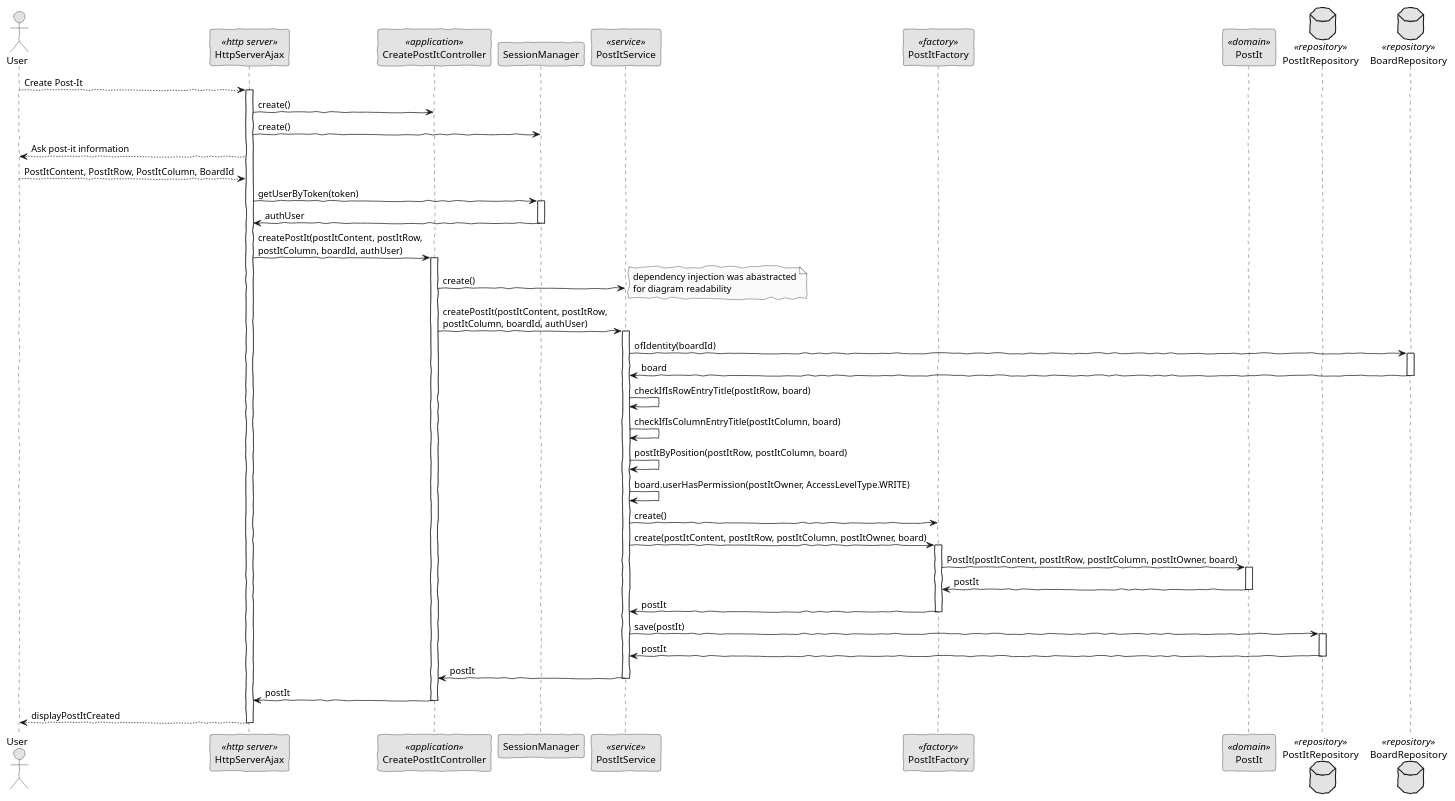
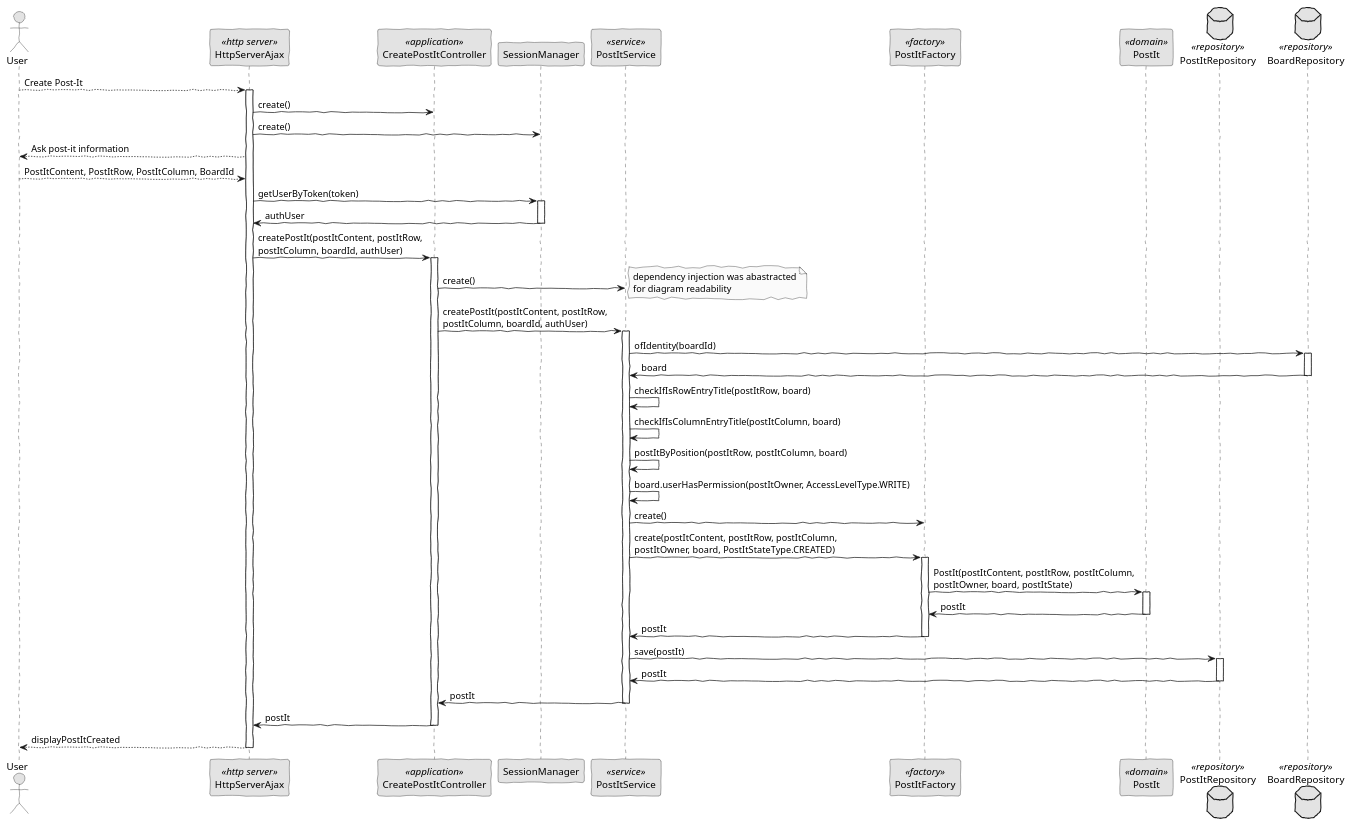
The diagram in docs/SPRINT C/US_3006/SD/CreatePostIt-SD.puml (brunacosta03/sem4pi_22_23), drawn with PlantUML before and after one commit. The commit also changed 18 other files, not shown here.

```diff
--- a/docs/SPRINT C/US_3006/SD/CreatePostIt-SD.puml
+++ b/docs/SPRINT C/US_3006/SD/CreatePostIt-SD.puml
@@ -1,80 +1,80 @@
 @startuml
 'http://plantuml.com/skinparam.html
 skinparam handwritten true
 skinparam monochrome true
 skinparam packageStyle rect
 skinparam defaultFontName FG Virgil
 skinparam shadowing false
 
 actor User as Actor
 participant HttpServerAjax as Server <<http server>>
 participant CreatePostItController as Controller <<application>>
 participant SessionManager as SM
 participant PostItService as Service <<service>>
 participant PostItFactory as PFactory <<factory>>
 participant PostIt as Domain <<domain>>
 database PostItRepository as Repository <<repository>>
 database BoardRepository as RepositoryB <<repository>>
 
 
 Actor --> Server: Create Post-It
 activate Server
     Server -> Controller: create()
     Server -> SM: create()
 
     Server --> Actor: Ask post-it information
     Actor --> Server: PostItContent, PostItRow, PostItColumn, BoardId
 
 
     Server -> SM: getUserByToken(token)
     activate SM
     SM -> Server: authUser
     deactivate SM
         
     Server -> Controller: createPostIt(postItContent, postItRow,\npostItColumn, boardId, authUser)
     activate Controller
 
 
     Controller -> Service: create()
     note right: dependency injection was abastracted\nfor diagram readability
 
     Controller -> Service: createPostIt(postItContent, postItRow,\npostItColumn, boardId, authUser)
     activate Service
 
         Service -> RepositoryB: ofIdentity(boardId)
         activate RepositoryB
         RepositoryB -> Service: board
         deactivate RepositoryB
 
         Service -> Service: checkIfIsRowEntryTitle(postItRow, board)
         Service -> Service: checkIfIsColumnEntryTitle(postItColumn, board)
         Service -> Service: postItByPosition(postItRow, postItColumn, board)
         Service -> Service: board.userHasPermission(postItOwner, AccessLevelType.WRITE)
 
 
         Service -> PFactory: create()
-        Service -> PFactory: create(postItContent, postItRow, postItColumn, postItOwner, board)
+        Service -> PFactory: create(postItContent, postItRow, postItColumn,\npostItOwner, board, PostItStateType.CREATED)
         activate PFactory
 
-        PFactory -> Domain: PostIt(postItContent, postItRow, postItColumn, postItOwner, board)
+        PFactory -> Domain: PostIt(postItContent, postItRow, postItColumn,\npostItOwner, board, postItState)
         activate Domain
             Domain -> PFactory: postIt
         deactivate Domain
             PFactory -> Service: postIt
         deactivate PFactory
 
 
         Service -> Repository: save(postIt)
         activate Repository
         Repository -> Service: postIt
         deactivate Repository
 
         Service -> Controller: postIt
         deactivate Service
         Controller -> Server: postIt
         deactivate Controller
 
         Server --> Actor: displayPostItCreated
 
 deactivate Server
 @enduml
```
